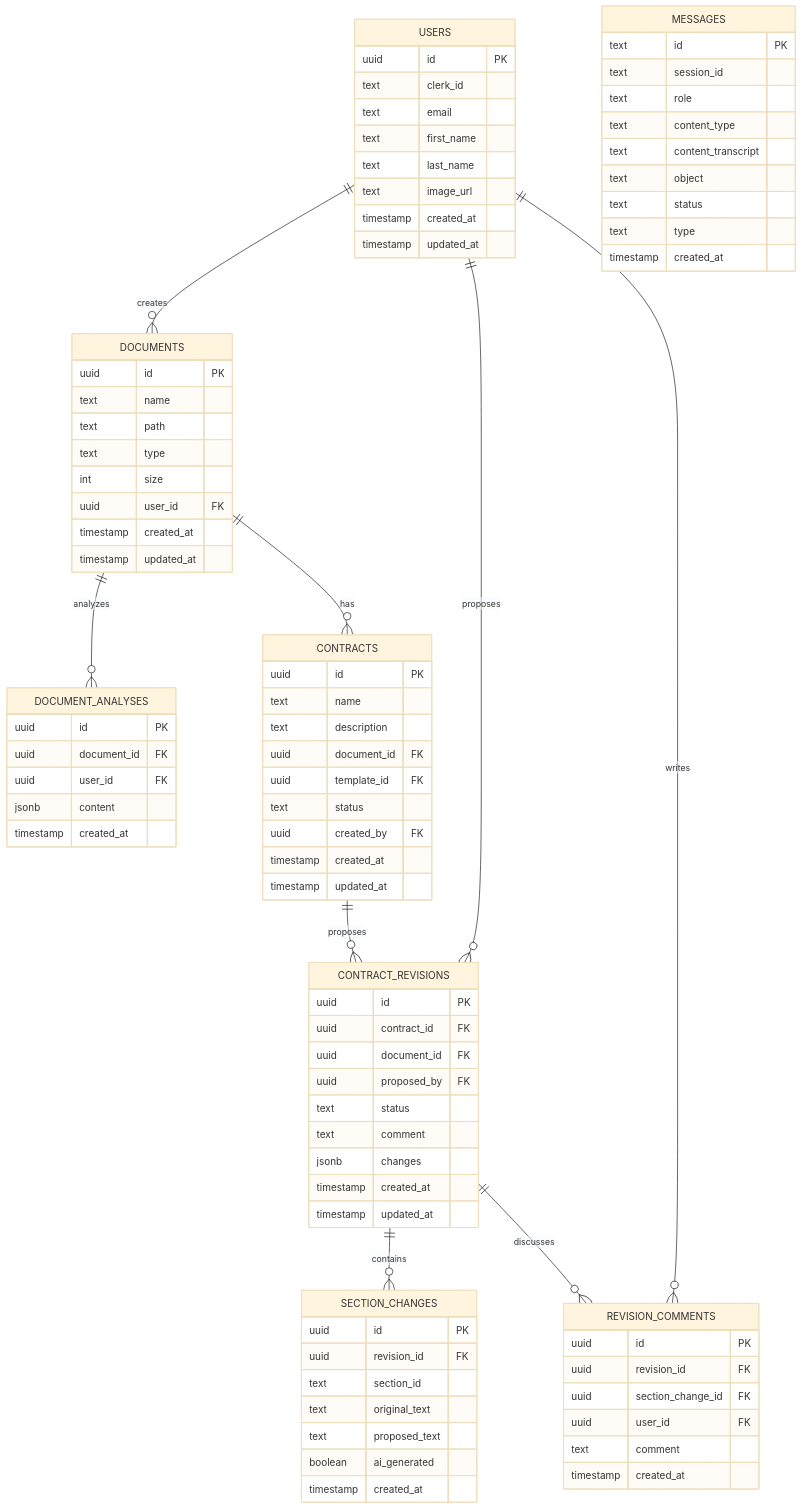
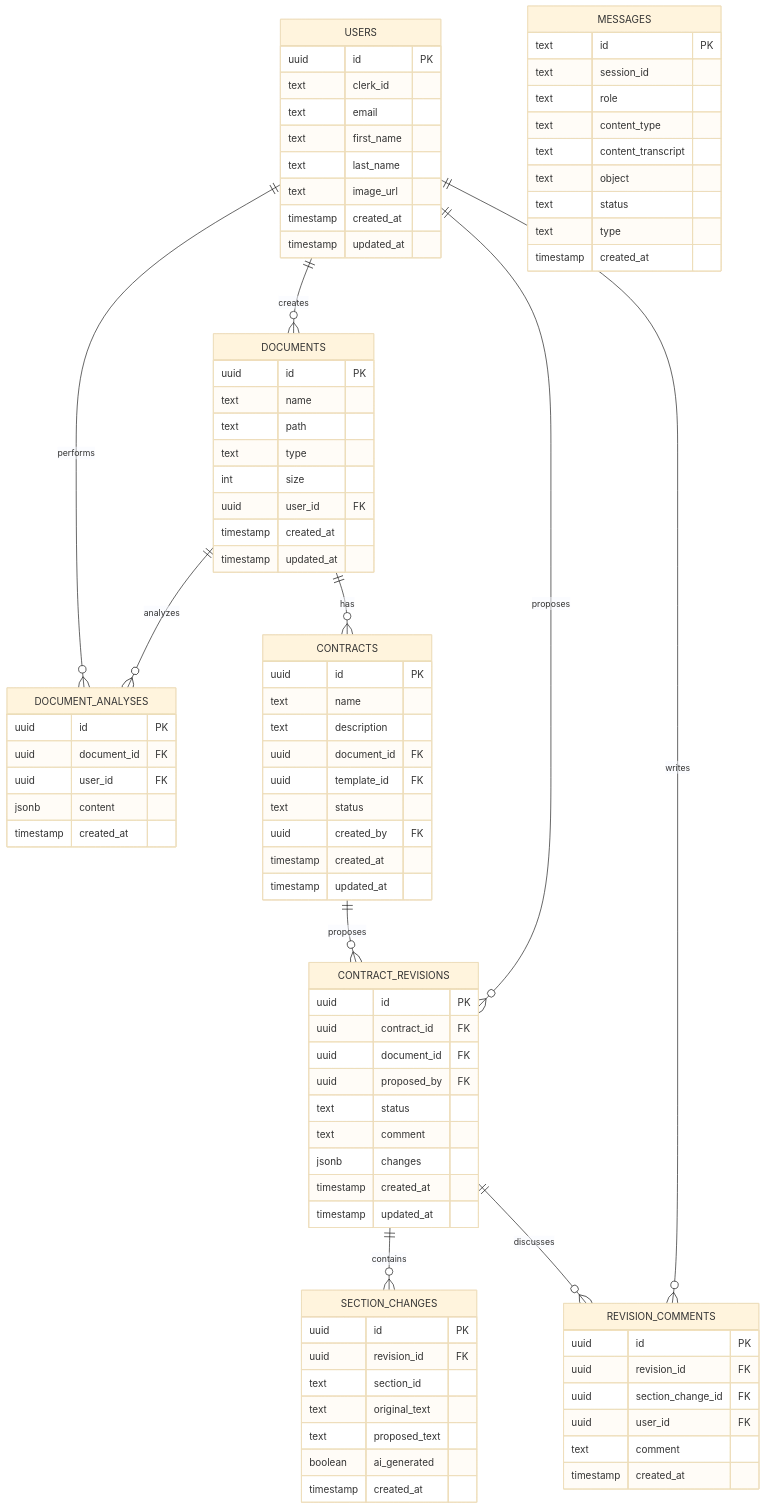
Before and after one commit to lyonelpierce/trustink: the first of 4 diagrams in documentation/01-system-architecture.md, drawn with Mermaid (base theme). The commit also changed other lines of this file and 61 other files, not shown here.

Commit message:
feat(mpv-stack): erd integration w/ tests

```diff
--- a/documentation/01-system-architecture.md
+++ b/documentation/01-system-architecture.md
@@ -94,6 +94,7 @@
     }
     
     USERS ||--o{ DOCUMENTS : creates
+    USERS ||--o{ DOCUMENT_ANALYSES : performs
     DOCUMENTS ||--o{ DOCUMENT_ANALYSES : analyzes
     DOCUMENTS ||--o{ CONTRACTS : has
     CONTRACTS ||--o{ CONTRACT_REVISIONS : proposes
```
